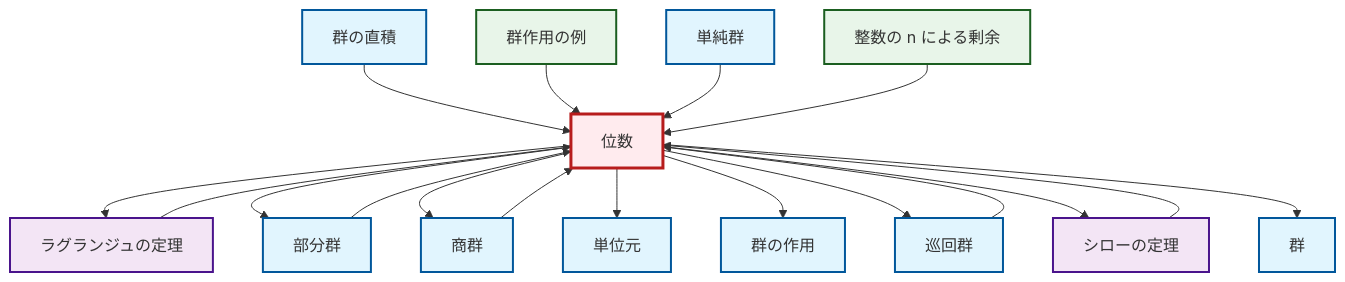
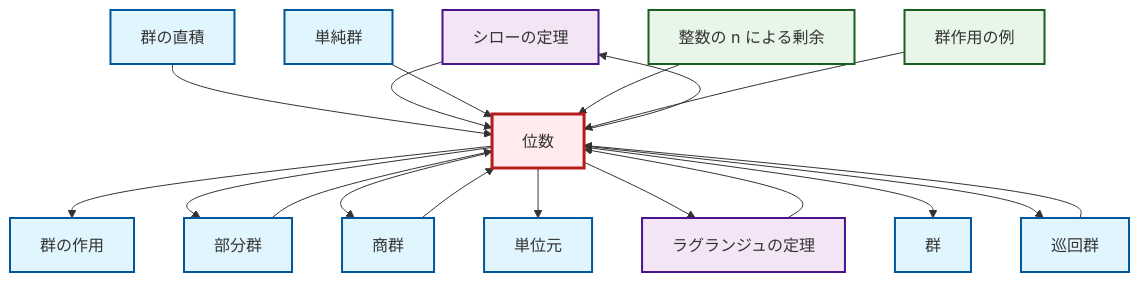
Before and after one commit to RK0429/ModernMath: the diagram in output/mermaid/ja/def-order.mermaid, drawn with Mermaid. The commit also changed other lines of this file and 1710 other files, not shown here.

```diff
--- a/output/mermaid/ja/def-order.mermaid
+++ b/output/mermaid/ja/def-order.mermaid
@@ -1,37 +1,37 @@
 graph TD
     classDef definition fill:#e1f5fe,stroke:#01579b,stroke-width:2px
     classDef theorem fill:#f3e5f5,stroke:#4a148c,stroke-width:2px
     classDef axiom fill:#fff3e0,stroke:#e65100,stroke-width:2px
     classDef example fill:#e8f5e9,stroke:#1b5e20,stroke-width:2px
     classDef current fill:#ffebee,stroke:#b71c1c,stroke-width:3px
+    thm-sylow["シローの定理"]:::theorem
+    def-identity-element["単位元"]:::definition
+    def-subgroup["部分群"]:::definition
+    def-order["位数"]:::definition
     def-simple-group["単純群"]:::definition
-    def-order["位数"]:::definition
-    def-subgroup["部分群"]:::definition
+    ex-quotient-integers-mod-n["整数の n による剰余"]:::example
     def-direct-product["群の直積"]:::definition
-    ex-group-action-examples["群作用の例"]:::example
     def-group-action["群の作用"]:::definition
     def-cyclic-group["巡回群"]:::definition
-    def-identity-element["単位元"]:::definition
-    thm-lagrange["ラグランジュの定理"]:::theorem
-    ex-quotient-integers-mod-n["整数の n による剰余"]:::example
+    ex-group-action-examples["群作用の例"]:::example
     def-group["群"]:::definition
     def-quotient-group["商群"]:::definition
-    thm-sylow["シローの定理"]:::theorem
-    def-quotient-group --> def-order
+    thm-lagrange["ラグランジュの定理"]:::theorem
+    def-order --> def-group-action
+    def-order --> def-subgroup
+    def-order --> def-quotient-group
+    def-cyclic-group --> def-order
+    def-order --> def-identity-element
     def-order --> thm-lagrange
     def-direct-product --> def-order
-    def-order --> def-subgroup
     thm-sylow --> def-order
-    def-cyclic-group --> def-order
-    def-order --> def-quotient-group
+    def-simple-group --> def-order
+    ex-quotient-integers-mod-n --> def-order
+    def-quotient-group --> def-order
+    def-order --> def-group
+    def-order --> def-cyclic-group
+    def-subgroup --> def-order
+    thm-lagrange --> def-order
+    def-order --> thm-sylow
     ex-group-action-examples --> def-order
-    def-simple-group --> def-order
-    def-subgroup --> def-order
-    def-order --> def-identity-element
-    def-order --> def-group-action
-    ex-quotient-integers-mod-n --> def-order
-    def-order --> def-cyclic-group
-    def-order --> thm-sylow
-    def-order --> def-group
-    thm-lagrange --> def-order
     class def-order current
```
